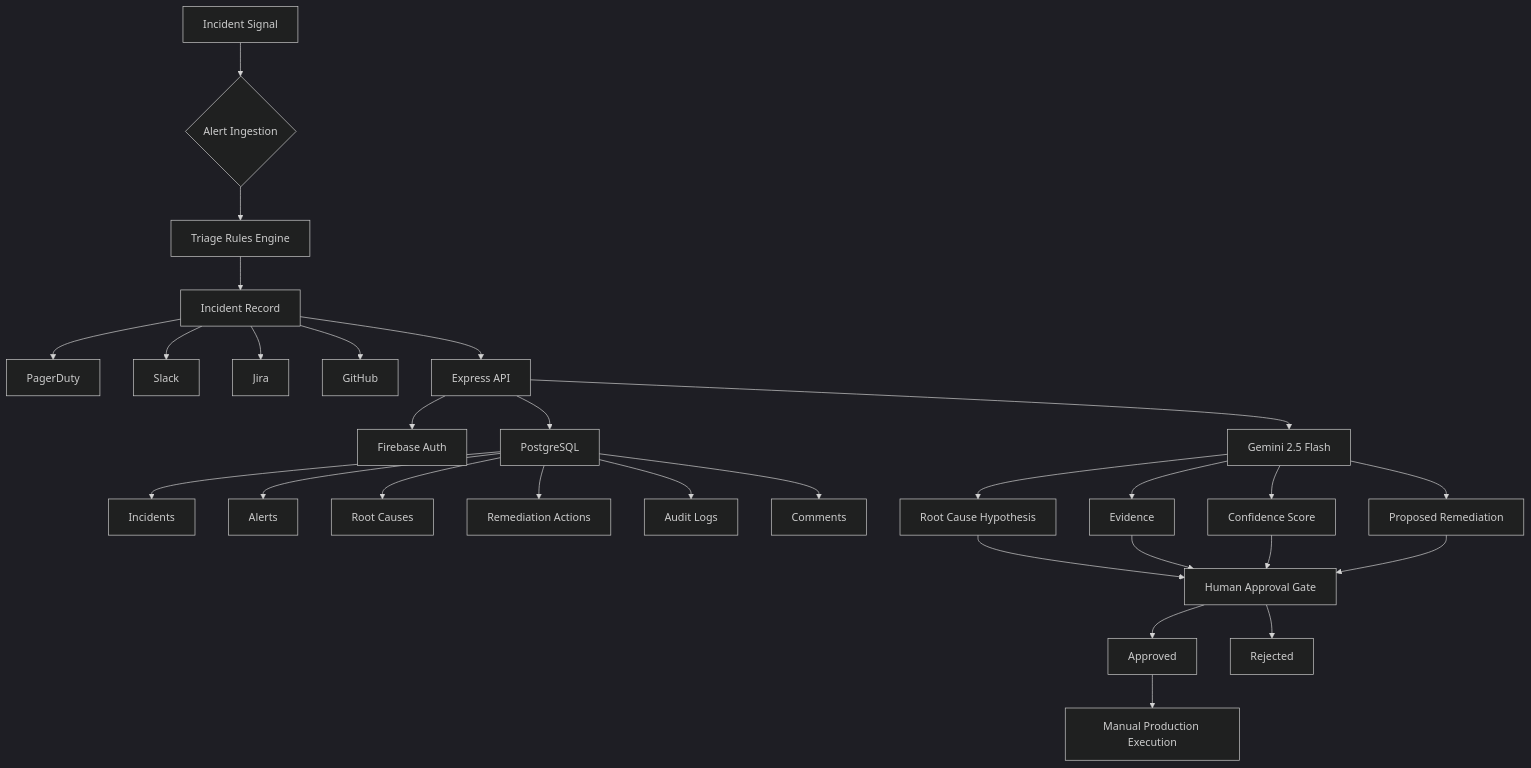
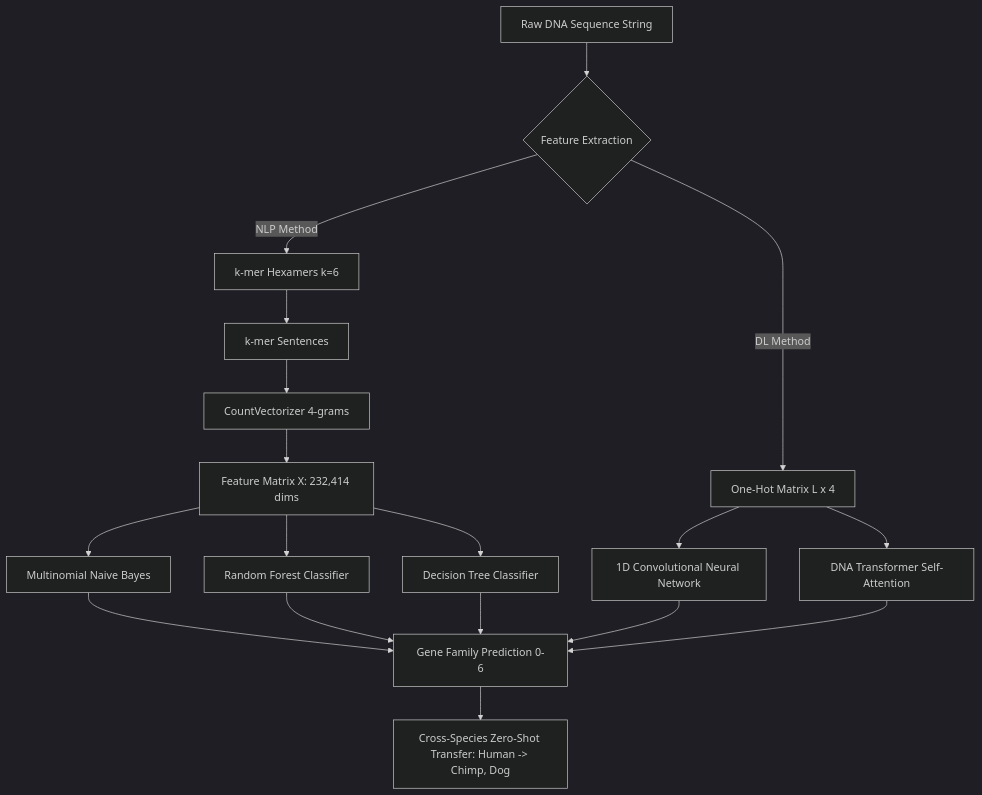
Before and after one commit to raahuldatta/DNA-Sequencing-using-Machine-Learning-and-Deep-Learning-Algorithms: the diagram in README.md, drawn with Mermaid (dark theme). The commit also changed other lines of this file, not shown here.

````diff
--- a/README.md
+++ b/README.md
@@ -327,43 +97,24 @@
 ```mermaid
 flowchart TD
+    A[Raw DNA Sequence String] --> B{Feature Extraction}
 
-    A[Incident Signal] --> B{Alert Ingestion}
+    B -->|NLP Method| C[k-mer Hexamers k=6]
+    C --> D[k-mer Sentences]
+    D --> E[CountVectorizer 4-grams]
+    E --> F[Feature Matrix X: 232,414 dims]
+    F --> G1[Multinomial Naive Bayes]
+    F --> G2[Random Forest Classifier]
+    F --> G3[Decision Tree Classifier]
 
-    B --> C[Triage Rules Engine]
+    B -->|DL Method| H[One-Hot Matrix L x 4]
+    H --> I1[1D Convolutional Neural Network]
+    H --> I2[DNA Transformer Self-Attention]
 
-    C --> D[Incident Record]
+    G1 --> J[Gene Family Prediction 0-6]
+    G2 --> J
+    G3 --> J
+    I1 --> J
+    I2 --> J
 
-    D --> E1[PagerDuty]
-    D --> E2[Slack]
-    D --> E3[Jira]
-    D --> E4[GitHub]
-
-    D --> F[Express API]
-
-    F --> G[Firebase Auth]
-
-    F --> H[PostgreSQL]
-    H --> H1[Incidents]
-    H --> H2[Alerts]
-    H --> H3[Root Causes]
-    H --> H4[Remediation Actions]
-    H --> H5[Audit Logs]
-    H --> H6[Comments]
-
-    F --> I[Gemini 2.5 Flash]
-
-    I --> J[Root Cause Hypothesis]
-    I --> K[Evidence]
-    I --> L[Confidence Score]
-    I --> M[Proposed Remediation]
-
-    J --> N[Human Approval Gate]
-    K --> N
-    L --> N
-    M --> N
-
-    N --> O[Approved]
-    N --> P[Rejected]
-
-    O --> Q[Manual Production Execution]
+    J --> K[Cross-Species Zero-Shot Transfer: Human -> Chimp, Dog]
 ```
````
